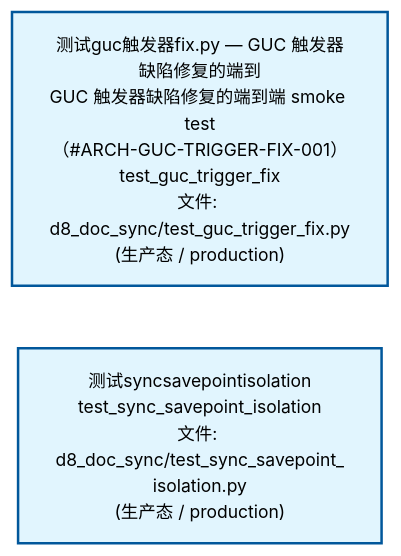
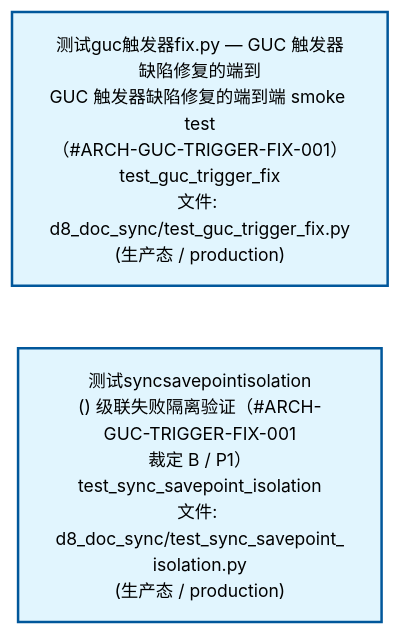
Before and after one commit to xuanFelixVan/ZephyrAlpha: the second of 4 diagrams in docs/02_enterprise_architecture/02_domain_architecture_docs/51_d_gov_docs.md, drawn with Mermaid. The commit also changed other lines of this file and 63 other files, not shown here.

````diff
--- a/docs/02_enterprise_architecture/02_domain_architecture_docs/51_d_gov_docs.md
+++ b/docs/02_enterprise_architecture/02_domain_architecture_docs/51_d_gov_docs.md
@@ -124,12 +124,12 @@
 ```mermaid
 %%{init: {'theme': 'base', 'themeVariables': {'primaryColor': '#eaeaea', 'primaryTextColor': '#333333', 'primaryBorderColor': '#666666', 'lineColor': '#666666', 'secondaryColor': '#eaeaea', 'tertiaryColor': '#eaeaea', 'fontSize': '14px'}}}%%
 flowchart TD
     tests_governance_d8_doc_sync_test_guc_trigger_fix_py["测试guc触发器fix.py — GUC 触发器缺陷修复的端到<br/>GUC 触发器缺陷修复的端到端 smoke test<br/>（#ARCH-GUC-TRIGGER-FIX-001）<br/>test_guc_trigger_fix<br/>文件: d8_doc_sync/test_guc_trigger_fix.py<br/>(生产态 / production)"]
-    tests_governance_d8_doc_sync_test_sync_savepoint_isolation_py["测试syncsavepointisolation<br/>test_sync_savepoint_isolation<br/>文件: d8_doc_sync/test_sync_savepoint_<br/>isolation.py<br/>(生产态 / production)"]
+    tests_governance_d8_doc_sync_test_sync_savepoint_isolation_py["测试syncsavepointisolation<br/>() 级联失败隔离验证（#ARCH-GUC-TRIGGER-FIX-001<br/>裁定 B / P1）<br/>test_sync_savepoint_isolation<br/>文件: d8_doc_sync/test_sync_savepoint_<br/>isolation.py<br/>(生产态 / production)"]
     tests_governance_d8_doc_sync_test_guc_trigger_fix_py ~~~ tests_governance_d8_doc_sync_test_sync_savepoint_isolation_py
     classDef production fill:#e1f5fe,stroke:#01579b,stroke-width:2px,color:#000
     classDef design fill:#fff3e0,stroke:#e65100,stroke-width:2px,color:#000,stroke-dasharray: 5 5
     classDef external_prod fill:#e8f4fd,stroke:#0277bd,stroke-width:1px,color:#000
     classDef external_design fill:#fff8e7,stroke:#ef6c00,stroke-width:1px,color:#000,stroke-dasharray: 5 5
     class tests_governance_d8_doc_sync_test_guc_trigger_fix_py,tests_governance_d8_doc_sync_test_sync_savepoint_isolation_py production
 ```
````
